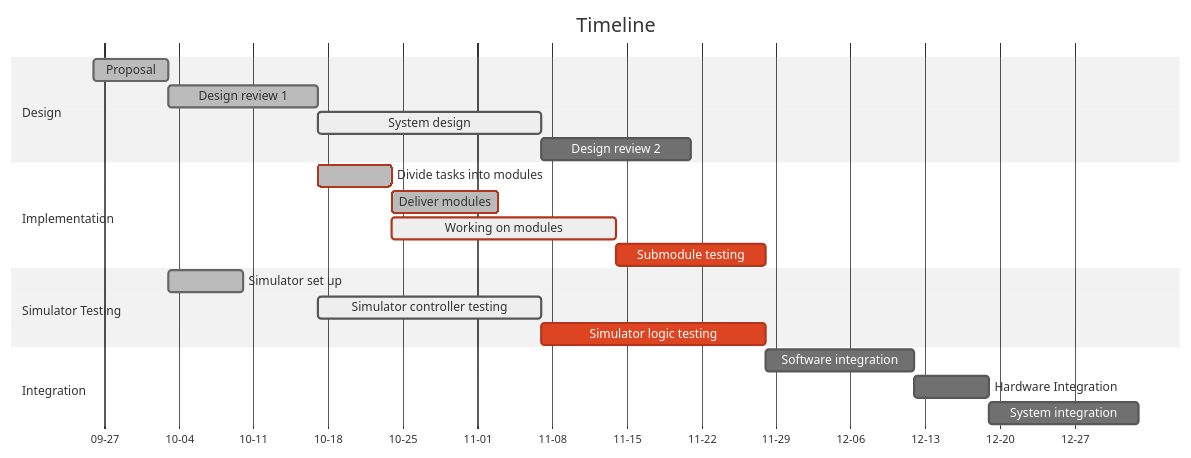
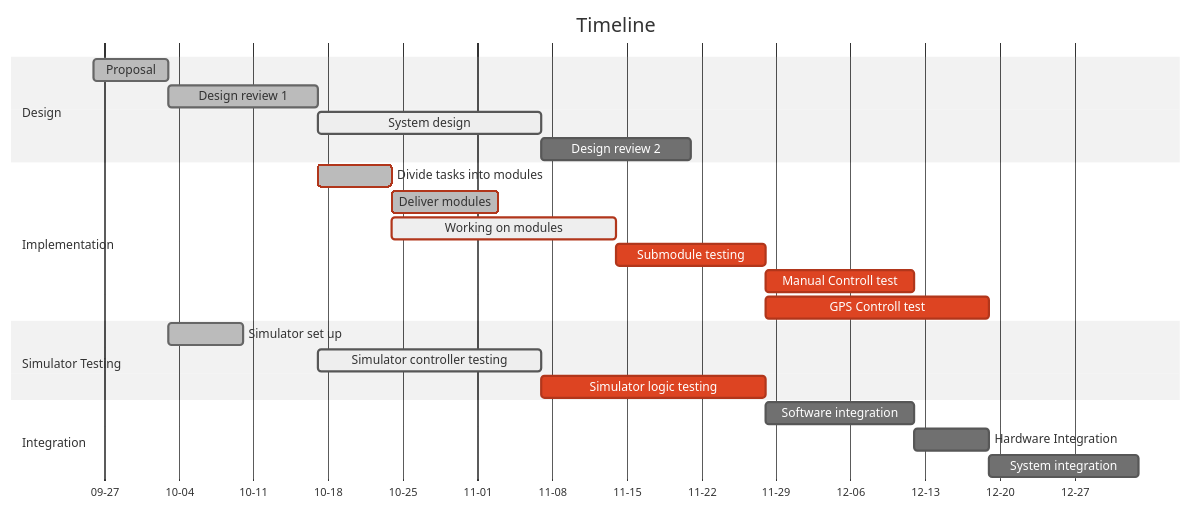
Before and after one commit to ubcuas/Airdrop-Software-2022: the diagram in README.md, drawn with Mermaid (neutral theme). The commit also changed other lines of this file and 1 other file, not shown here.

````diff
--- a/README.md
+++ b/README.md
@@ -43,28 +43,30 @@
 ```mermaid
 gantt
     title Timeline
     dateFormat  YYYY-MM-DD
 	axisFormat  %m-%d
 
     section Design
     Proposal            :done,    des1, 2020-09-26,2020-10-03
     Design review 1            :done,  des2, 2020-10-03, 2020-10-17
     System design               :active,         des3, after des2, 3w
     Design review 2              :         des4, after des3, 2w
 
     section Implementation
     Divide tasks into modules :crit, done, imp1, 2020-10-17,7d
     Deliver modules          :crit, done, after imp1, 10d
     Working on modules             :crit, active, imp2, after imp1, 3w
-   	Submodule testing        :crit, after imp2, 2w
+   	Submodule testing        :crit, imp3, after imp2, 2w
+    Manual Controll test          :crit, imp4, after imp3, 2w
+    GPS Controll test             :crit, imp5, after imp3, 3w
 
     section Simulator Testing
     Simulator set up               :done, s1, after des1, 1w
     Simulator controller testing      :active, s2, after des2  , 3w
     Simulator logic testing    :crit, doc1, after s2  , 3w
 
     section Integration
     Software integration               :after doc1, 2w
     Hardware Integration				: 1w
 	System integration					: 2w
 ```
````
